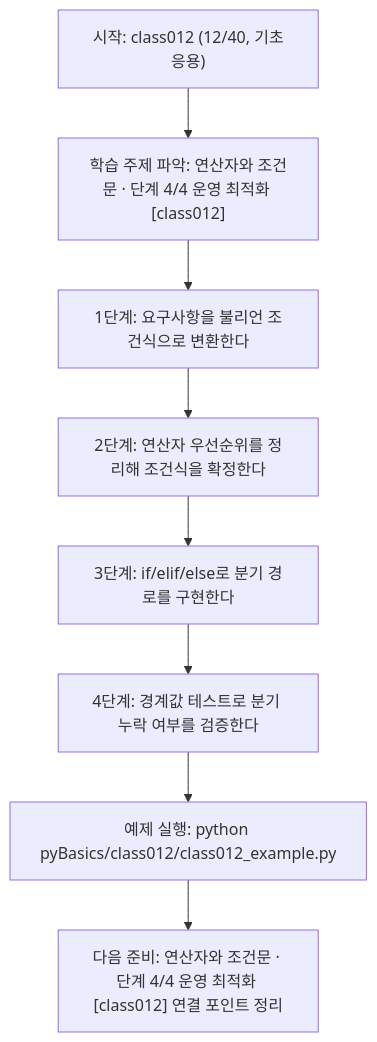
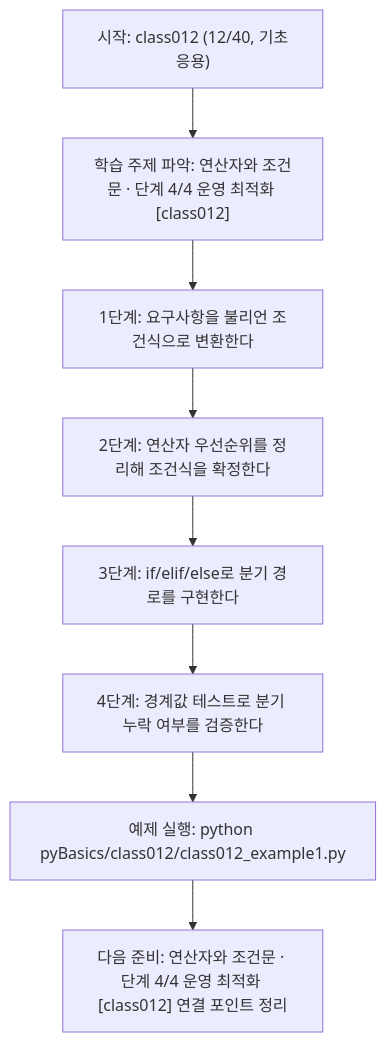
The diagram in pyBasics/class012/class012.md (edumgt/Python-AI_Agent-Class), drawn with Mermaid before and after one commit. The commit also changed other lines of this file and 2959 other files, not shown here.

````diff
--- a/pyBasics/class012/class012.md
+++ b/pyBasics/class012/class012.md
@@ -109,18 +109,18 @@
 ```mermaid
 flowchart TD
 N1["시작: class012 (12/40, 기초응용)"]
 N2["학습 주제 파악: 연산자와 조건문 · 단계 4/4 운영 최적화 [class012]"]
 N3["1단계: 요구사항을 불리언 조건식으로 변환한다"]
 N4["2단계: 연산자 우선순위를 정리해 조건식을 확정한다"]
 N5["3단계: if/elif/else로 분기 경로를 구현한다"]
 N6["4단계: 경계값 테스트로 분기 누락 여부를 검증한다"]
-N7["예제 실행: python pyBasics/class012/class012_example.py"]
+N7["예제 실행: python pyBasics/class012/class012_example1.py"]
 N8["다음 준비: 연산자와 조건문 · 단계 4/4 운영 최적화 [class012] 연결 포인트 정리"]
 N1 --> N2
 N2 --> N3
 N3 --> N4
 N4 --> N5
 N5 --> N6
 N6 --> N7
 N7 --> N8
 ```
````
